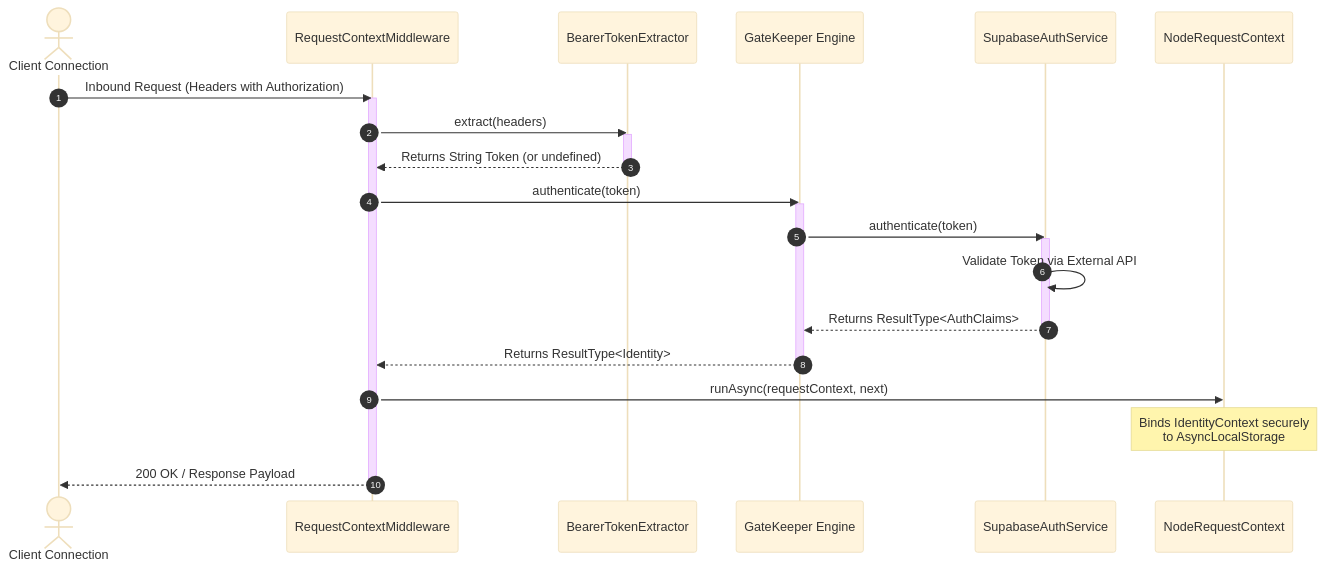
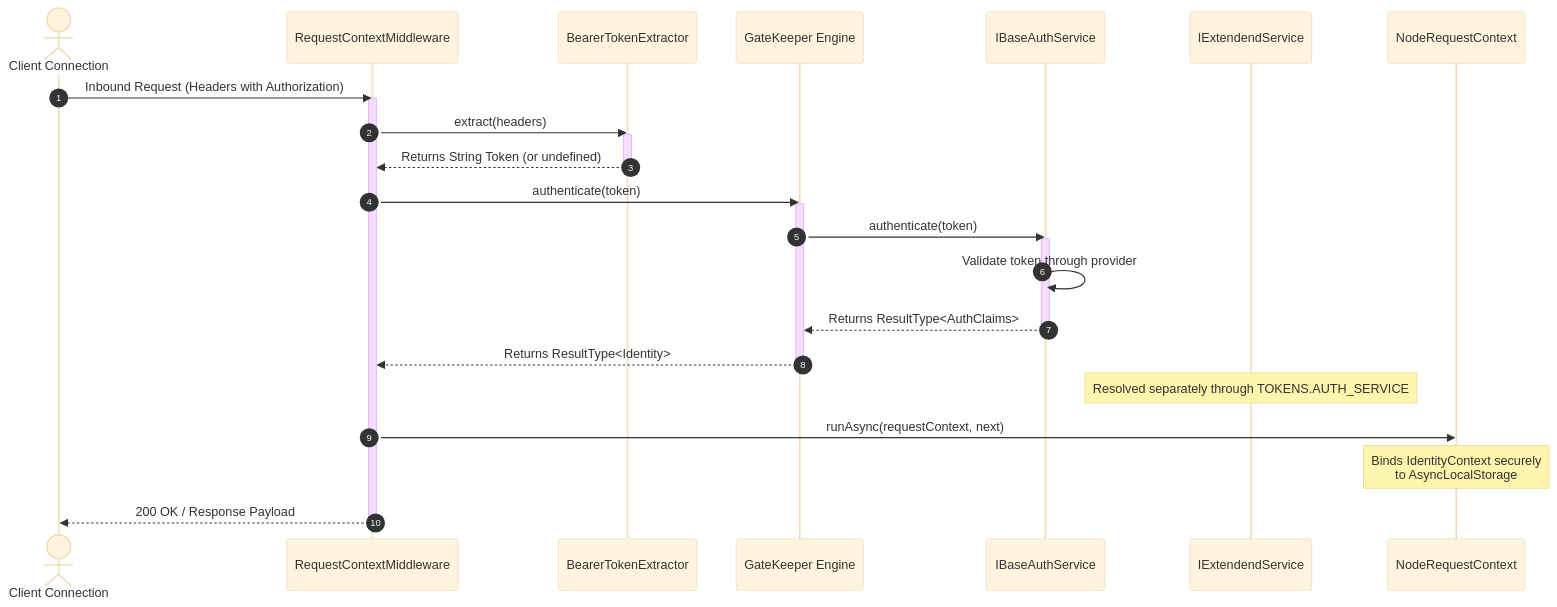
One commit to xeno-js/xeno-website changed the diagram in src/content/docs/security/authentication.md. Above: the diagram before and after it, drawn with Mermaid (base theme). The commit also changed other lines of this file and 18 other files, not shown here.

````diff
--- a/src/content/docs/security/authentication.md
+++ b/src/content/docs/security/authentication.md
@@ -44,33 +53,36 @@
 ```mermaid
 sequenceDiagram
     autonumber
     actor Client as Client Connection
     participant MW as RequestContextMiddleware
-    participant Ext as BearerTokenExtractor
+    participant Extractor as BearerTokenExtractor
     participant GK as GateKeeper Engine
-    participant Prov as SupabaseAuthService
+    participant Base as IBaseAuthService
+    participant Auth as IExtendendService
     participant Store as NodeRequestContext
 
     Client->>MW: Inbound Request (Headers with Authorization)
     activate MW
-    MW->>Ext: extract(headers)
-    activate Ext
-    Ext-->>MW: Returns String Token (or undefined)
-    deactivate Ext
+    MW->>Extractor: extract(headers)
+    activate Extractor
+    Extractor-->>MW: Returns String Token (or undefined)
+    deactivate Extractor
 
     MW->>GK: authenticate(token)
     activate GK
-    GK->>Prov: authenticate(token)
-    activate Prov
-    Prov->>Prov: Validate Token via External API
-    Prov-->>GK: Returns ResultType<AuthClaims>
-    deactivate Prov
+    GK->>Base: authenticate(token)
+    activate Base
+    Base->>Base: Validate token through provider
+    Base-->>GK: Returns ResultType<AuthClaims>
+    deactivate Base
     GK-->>MW: Returns ResultType<Identity>
     deactivate GK
+
+    Note over Auth: Resolved separately through TOKENS.AUTH_SERVICE
 
     MW->>Store: runAsync(requestContext, next)
     Note over Store: Binds IdentityContext securely<br/>to AsyncLocalStorage
     MW-->>Client: 200 OK / Response Payload
     deactivate MW
 
 ```
````
